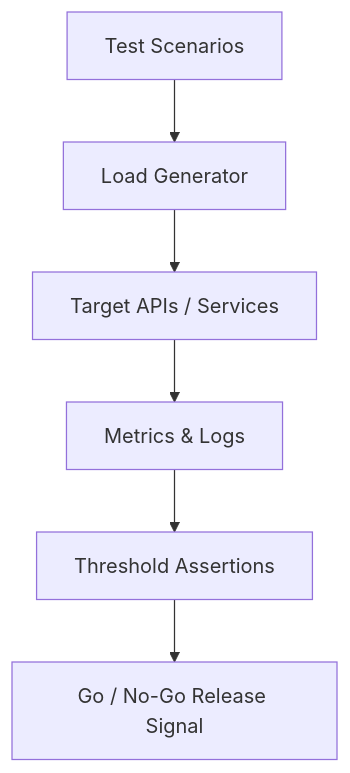
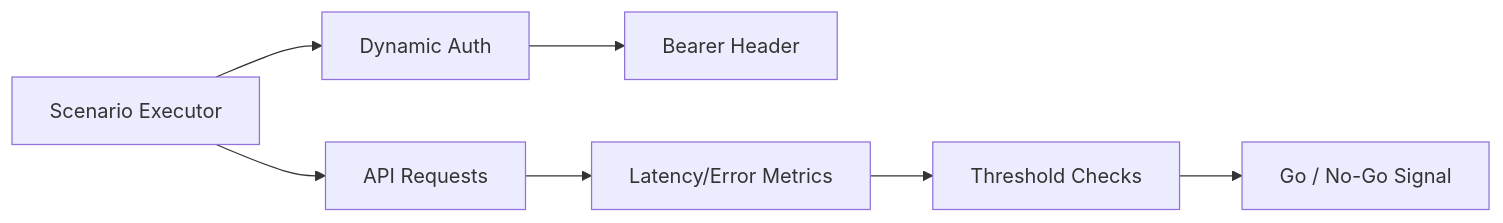
One commit to farzadnkh/stress-test changed the diagram in README.md. Above: the diagram before and after it, drawn with Mermaid. The commit also changed other lines of this file and 4 other files, not shown here.

````diff
--- a/README.md
+++ b/README.md
@@ -12,8 +18,9 @@
 ```mermaid
-flowchart TD
-  S[Test Scenarios] --> L[Load Generator]
-  L --> A[Target APIs / Services]
-  A --> M[Metrics & Logs]
-  M --> T[Threshold Assertions]
-  T --> G[Go / No-Go Release Signal]
+flowchart LR
+  C[Scenario Executor] --> A[Dynamic Auth]
+  A --> H[Bearer Header]
+  C --> R[API Requests]
+  R --> M[Latency/Error Metrics]
+  M --> T[Threshold Checks]
+  T --> G[Go / No-Go Signal]
 ```
````
